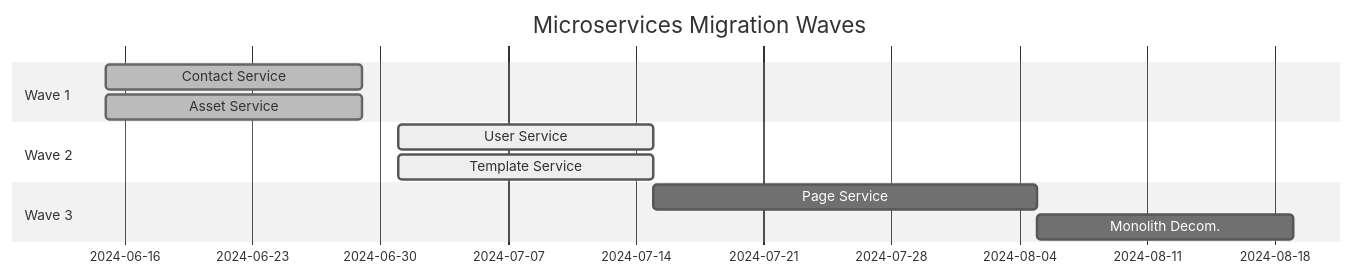
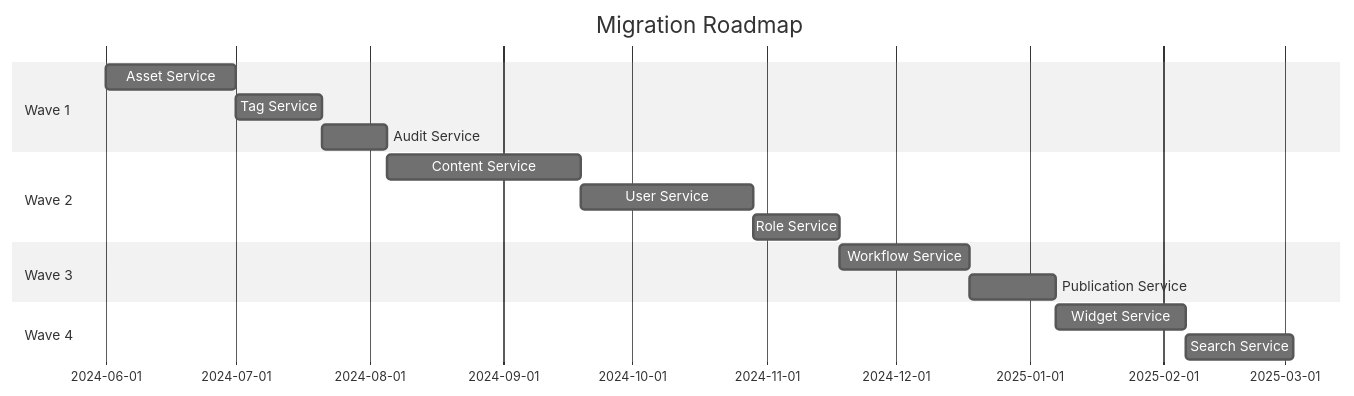
The second of 2 diagrams in aidocs/MDG.md (crafted-by-art/webjetcms), drawn with Mermaid (neutral theme) before and after one commit. The commit also changed other lines of this file, not shown here.

Commit message:
docs: add Microservices Decomposition Guide (MDG)

````diff
--- a/aidocs/MDG.md
+++ b/aidocs/MDG.md
@@ -143,14 +128,19 @@
-```mermaid
+~~~mermaid
 gantt
-  title Microservices Migration Waves
-  dateFormat  YYYY-MM-DD
-  section Wave 1
-  Contact Service      :done, 2024-06-15, 14d
-  Asset Service        :done, 2024-06-15, 14d
-  section Wave 2
-  User Service         :active, 2024-07-01, 14d
-  Template Service     :active, 2024-07-01, 14d
-  section Wave 3
-  Page Service         :2024-07-15, 21d
-  Monolith Decom.      :2024-08-05, 14d
-```
+    title Migration Roadmap
+    dateFormat  YYYY-MM-DD
+    section Wave 1
+    Asset Service    :a1, 2024-06-01, 30d
+    Tag Service      :a2, after a1, 20d
+    Audit Service    :a3, after a2, 15d
+    section Wave 2
+    Content Service  :b1, after a3, 45d
+    User Service     :b2, after b1, 40d
+    Role Service     :b3, after b2, 20d
+    section Wave 3
+    Workflow Service :c1, after b3, 30d
+    Publication Service :c2, after c1, 20d
+    section Wave 4
+    Widget Service   :d1, after c2, 30d
+    Search Service   :d2, after d1, 25d
+~~~
````
